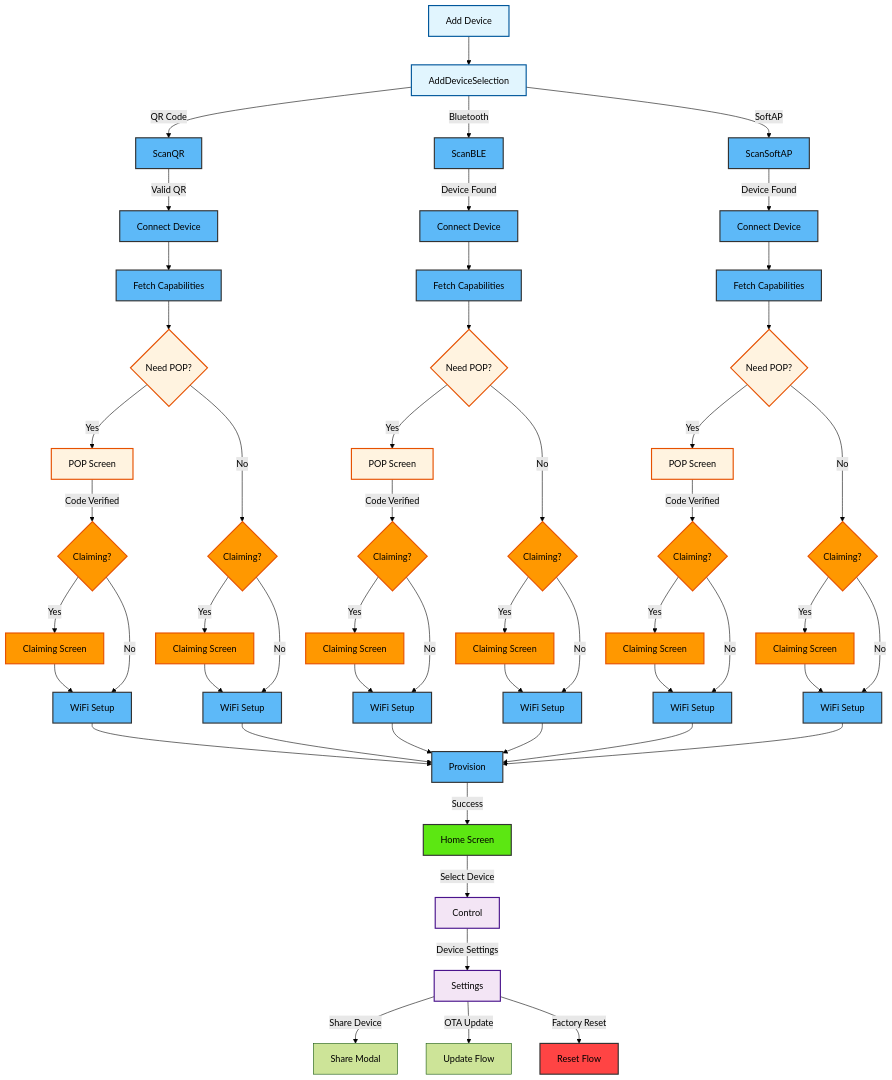
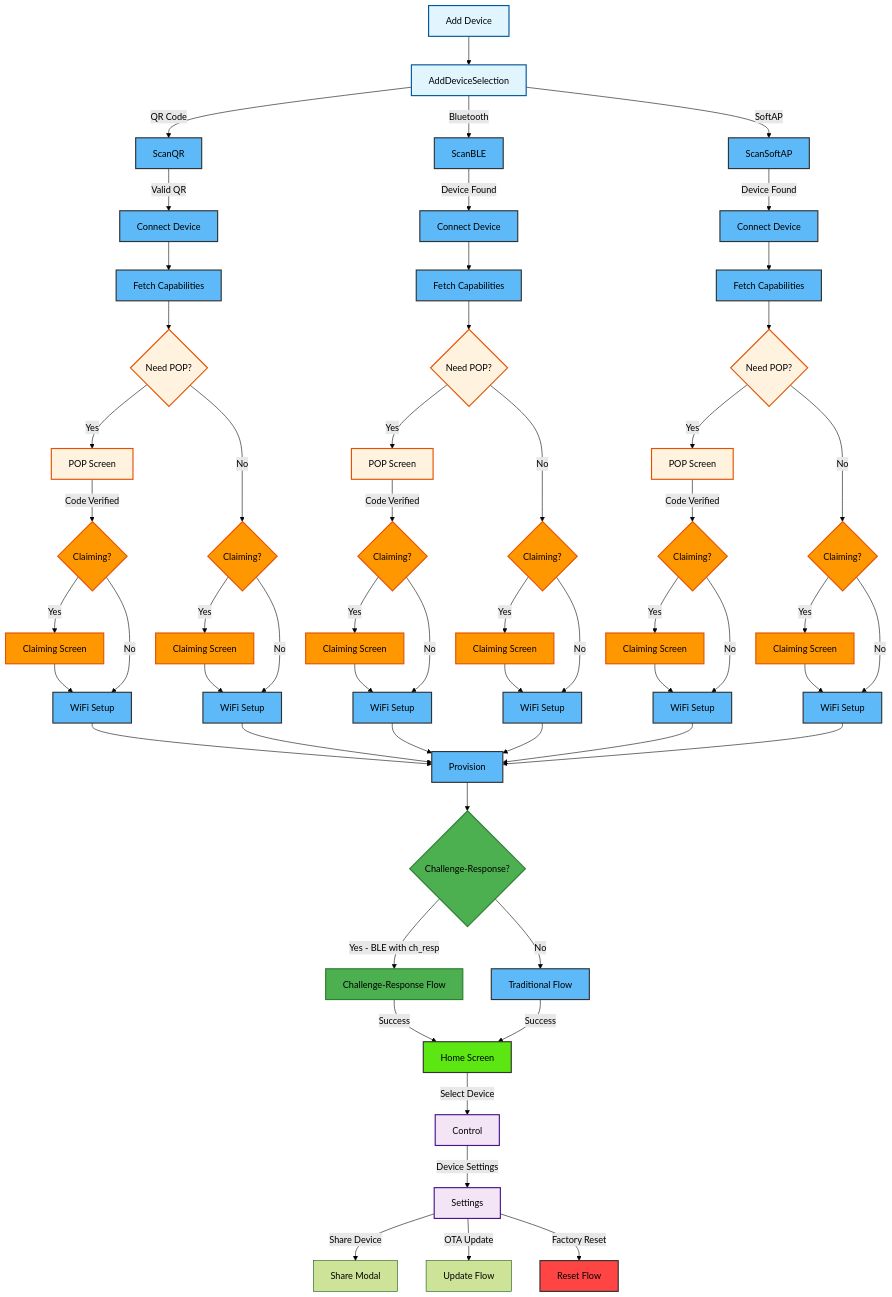
The diagram in app/(device)/README.md (espressif/esp-rainmaker-home), drawn with Mermaid (forest theme) before and after one commit. The commit also changed other lines of this file and 15 other files, not shown here.

Commit message:
Feature: Add challenge response provision workflow

````diff
--- a/app/(device)/README.md
+++ b/app/(device)/README.md
@@ -588,7 +727,11 @@
     WiFi5 --> Provision
     WiFi6 --> Provision
 
-    Provision -->|Success| Home[Home Screen]
+    Provision --> ChResp{Challenge-Response?}
+    ChResp -->|Yes - BLE with ch_resp| CRFlow[Challenge-Response Flow]
+    ChResp -->|No| TradFlow[Traditional Flow]
+    CRFlow -->|Success| Home[Home Screen]
+    TradFlow -->|Success| Home
 
     Home -->|Select Device| Control[Control]
     Control -->|Device Settings| Settings[Settings]
@@ -604,12 +747,14 @@
     classDef success fill:#5ce712,stroke:#333,stroke-width:2px;
     classDef management fill:#f3e5f5,stroke:#4a148c,stroke-width:2px;
     classDef danger fill:#ff4444,stroke:#333,stroke-width:2px;
+    classDef challengeResp fill:#4caf50,stroke:#2e7d32,stroke-width:2px;
 
     class Start,Selection entry;
-    class QR,BLE,SAP,Connect1,Connect2,Connect3,Cap1,Cap2,Cap3,WiFi1,WiFi2,WiFi3,WiFi4,WiFi5,WiFi6,Provision provisioning;
+    class QR,BLE,SAP,Connect1,Connect2,Connect3,Cap1,Cap2,Cap3,WiFi1,WiFi2,WiFi3,WiFi4,WiFi5,WiFi6,Provision,TradFlow provisioning;
     class POP1,POP2,POP3,Check1,Check2,Check3 auth;
     class Claiming1,Claiming2,Claiming3,Claiming4,Claiming5,Claiming6,Claim1,Claim2,Claim3,Claim4,Claim5,Claim6 claiming;
     class Home success;
     class Control,Settings management;
     class Reset danger;
+    class ChResp,CRFlow challengeResp;
 ```
````
